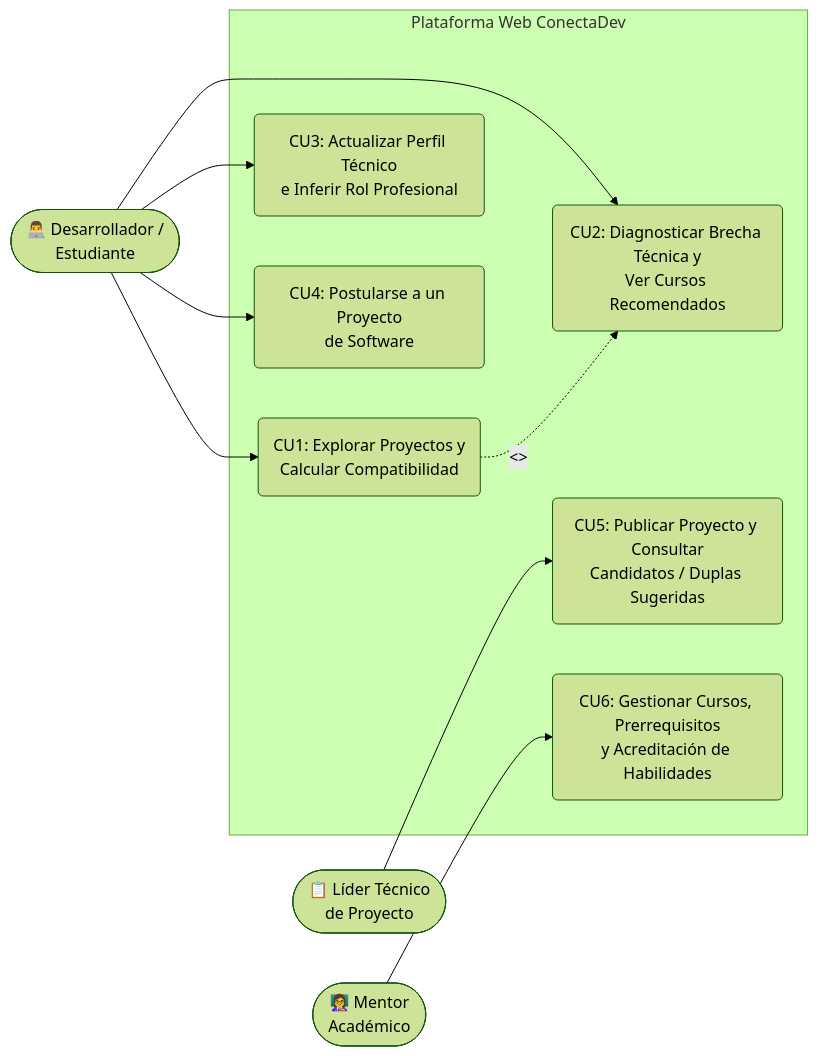
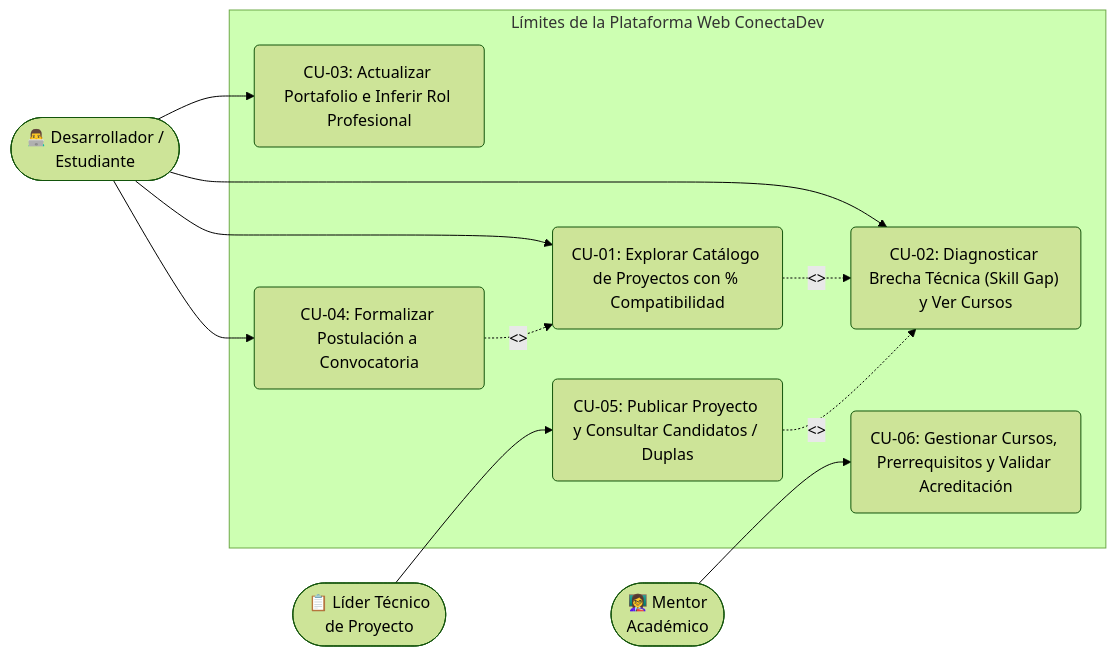
One commit to Anticife/Ingenieria-Web-ConectaDev changed the third of 9 diagrams in DOCUMENTO_TECNICO_PROYECTO_FINAL.md. Above: the diagram before and after it, drawn with Mermaid (forest theme). The commit also changed other lines of this file and 2 other files, not shown here.

````diff
--- a/DOCUMENTO_TECNICO_PROYECTO_FINAL.md
+++ b/DOCUMENTO_TECNICO_PROYECTO_FINAL.md
@@ -186,23 +315,26 @@
 ```mermaid
 flowchart LR
     Dev(["👨‍💻 Desarrollador /\nEstudiante"])
     Lider(["📋 Líder Técnico\nde Proyecto"])
     Mentor(["👩‍🏫 Mentor\nAcadémico"])
 
-    subgraph ConectaDev["Plataforma Web ConectaDev"]
-        CU1("CU1: Explorar Proyectos y\nCalcular Compatibilidad")
-        CU2("CU2: Diagnosticar Brecha Técnica y\nVer Cursos Recomendados")
-        CU3("CU3: Actualizar Perfil Técnico\ne Inferir Rol Profesional")
-        CU4("CU4: Postularse a un Proyecto\nde Software")
-        CU5("CU5: Publicar Proyecto y Consultar\nCandidatos / Duplas Sugeridas")
-        CU6("CU6: Gestionar Cursos, Prerrequisitos\ny Acreditación de Habilidades")
+    subgraph ConectaDev["Límites de la Plataforma Web ConectaDev"]
+        CU1("CU-01: Explorar Catálogo de Proyectos con % Compatibilidad")
+        CU2("CU-02: Diagnosticar Brecha Técnica (Skill Gap) y Ver Cursos")
+        CU3("CU-03: Actualizar Portafolio e Inferir Rol Profesional")
+        CU4("CU-04: Formalizar Postulación a Convocatoria")
+        CU5("CU-05: Publicar Proyecto y Consultar Candidatos / Duplas")
+        CU6("CU-06: Gestionar Cursos, Prerrequisitos y Validar Acreditación")
     end
 
     Dev --> CU1
     Dev --> CU2
     Dev --> CU3
     Dev --> CU4
     Lider --> CU5
     Mentor --> CU6
+
     CU1 -.->|"<<include>>"| CU2
+    CU4 -.->|"<<extend>>"| CU1
+    CU5 -.->|"<<include>>"| CU2
 ```
````
